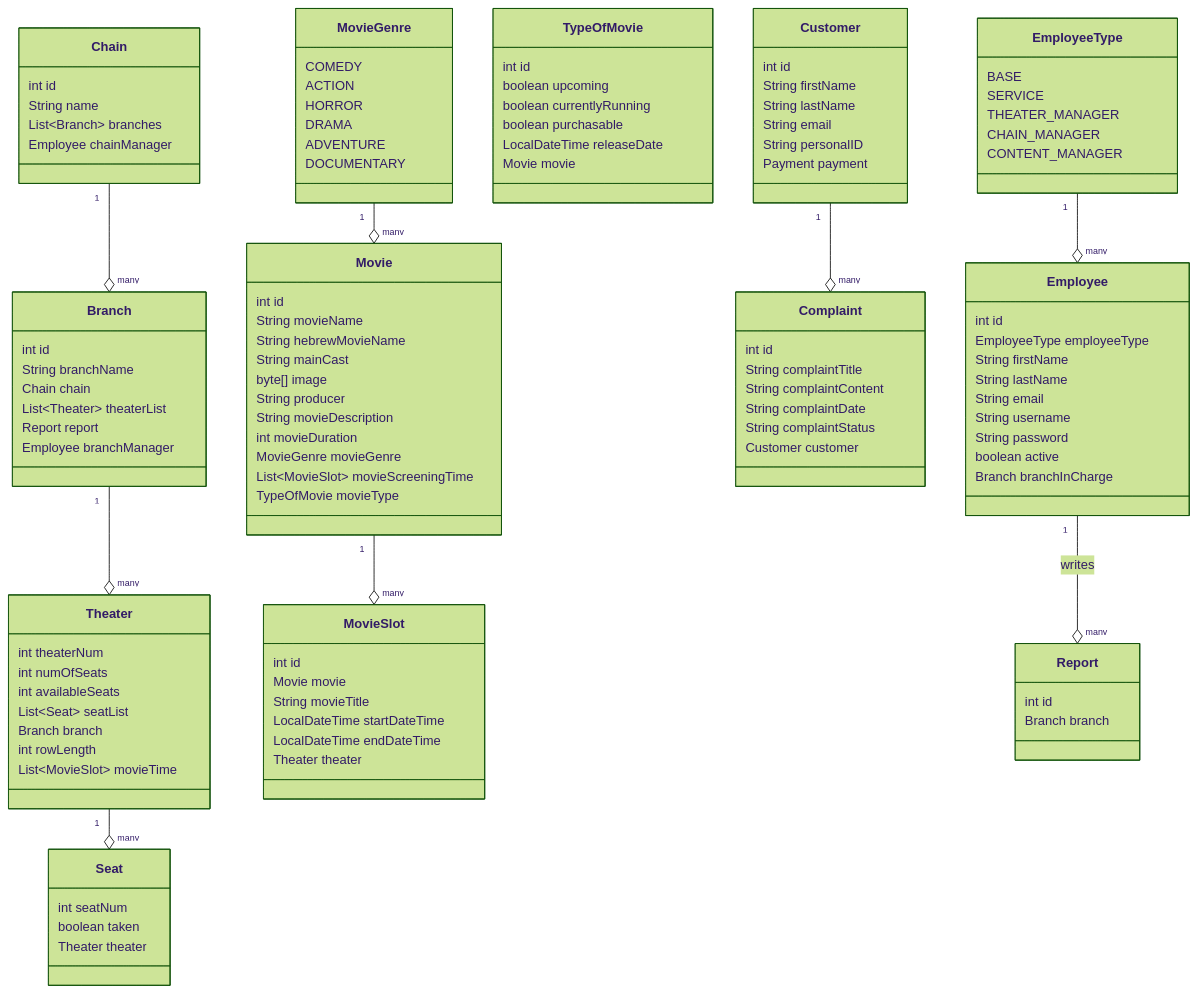
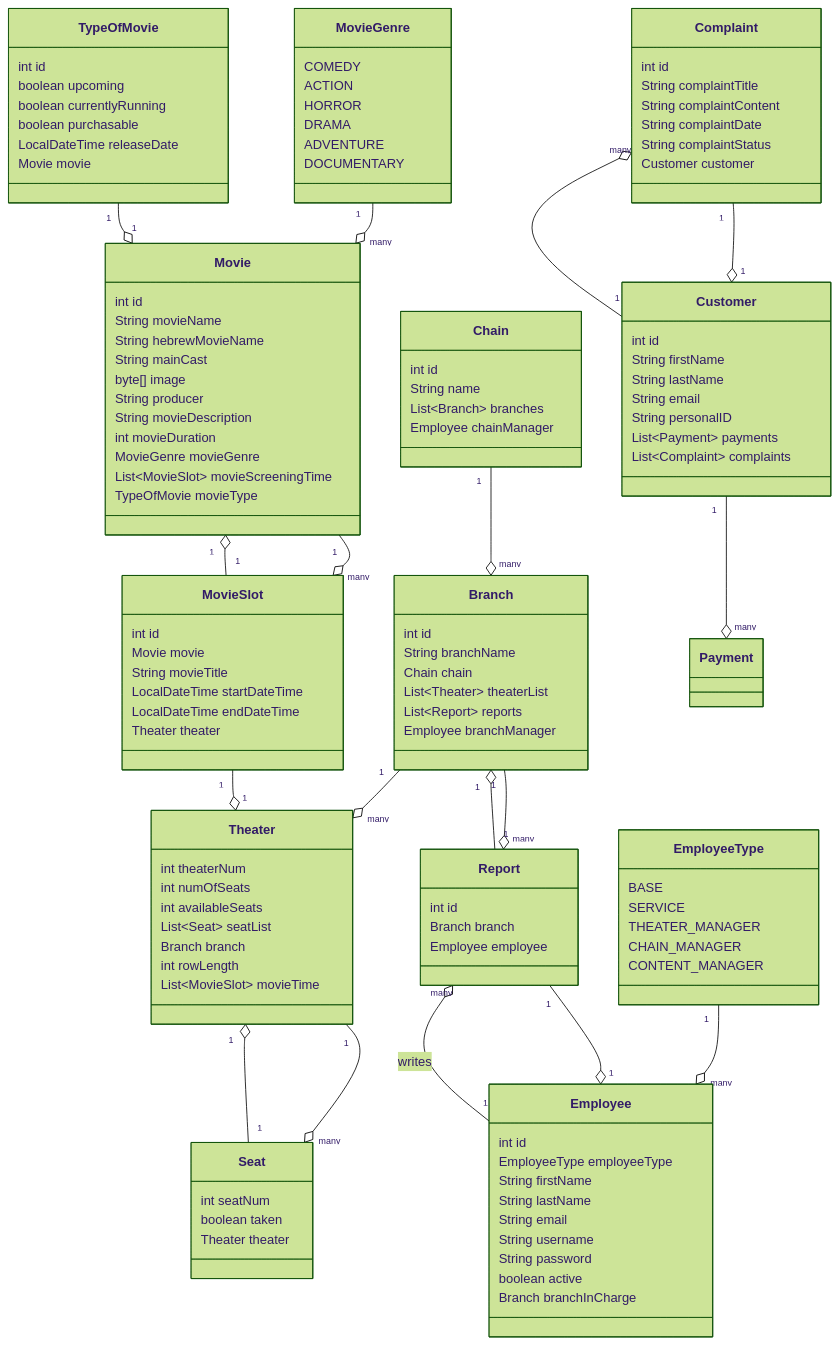
The first of 2 diagrams in doc/ENTITY_OVERVIEW.md (evya1/software_design_project), drawn with Mermaid (forest theme) before and after one commit. The commit also changed other lines of this file, not shown here.

````diff
--- a/doc/ENTITY_OVERVIEW.md
+++ b/doc/ENTITY_OVERVIEW.md
@@ -24,7 +24,7 @@
     String branchName
     Chain chain
     List~Theater~ theaterList
-    Report report
+    List~Report~ reports
     Employee branchManager
   }
   class Chain {
@@ -95,6 +95,7 @@
   class Report {
     int id
     Branch branch
+    Employee employee
   }
   class Customer {
     int id
@@ -102,7 +103,8 @@
     String lastName
     String email
     String personalID
-    Payment payment
+    List~Payment~ payments
+    List~Complaint~ complaints
   }
   class Employee {
     int id
@@ -125,10 +127,19 @@
 
   Chain "1" --o "many" Branch
   Branch "1" --o "many" Theater
+  Branch "1" --o "many" Report
   Theater "1" --o "many" Seat
   MovieGenre "1" --o "many" Movie
   Movie "1" --o "many" MovieSlot
   EmployeeType "1" --o "many" Employee
   Customer "1" --o "many" Complaint
+  Customer "1" --o "many" Payment
   Employee "1" --o "many" Report : writes
+  MovieSlot "1" --o "1" Movie
+  MovieSlot "1" --o "1" Theater
+  TypeOfMovie "1" --o "1" Movie
+  Complaint "1" --o "1" Customer
+  Report "1" --o "1" Branch
+  Report "1" --o "1" Employee
+  Seat "1" --o "1" Theater
 ```
````
